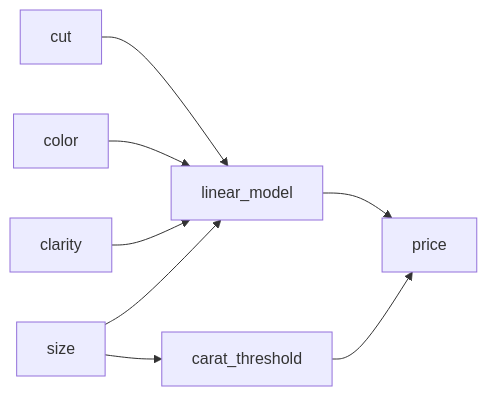
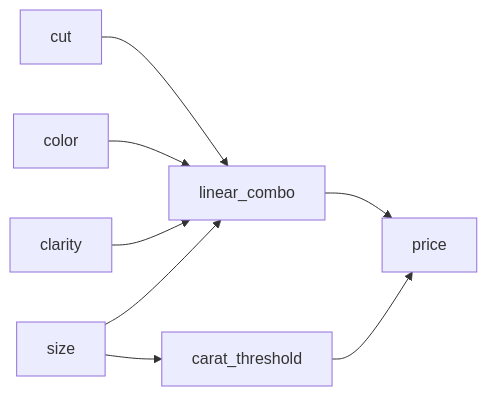
One commit to KevinJKoning/SEH changed the diagram in quarto/2.5-bespoke_models.qmd. Above: the diagram before and after it, drawn with Mermaid. The commit also changed other lines of this file and 8 other files, not shown here.

````diff
--- a/quarto/2.5-bespoke_models.qmd
+++ b/quarto/2.5-bespoke_models.qmd
@@ -62,10 +83,10 @@
 ```{mermaid}
 graph LR
-    cut --> linear_model
-    color --> linear_model
-    clarity --> linear_model
-    size --> linear_model
+    cut --> linear_combo
+    color --> linear_combo
+    clarity --> linear_combo
+    size --> linear_combo
     size --> carat_threshold
-    linear_model --> price
+    linear_combo --> price
     carat_threshold --> price
 ```
````
